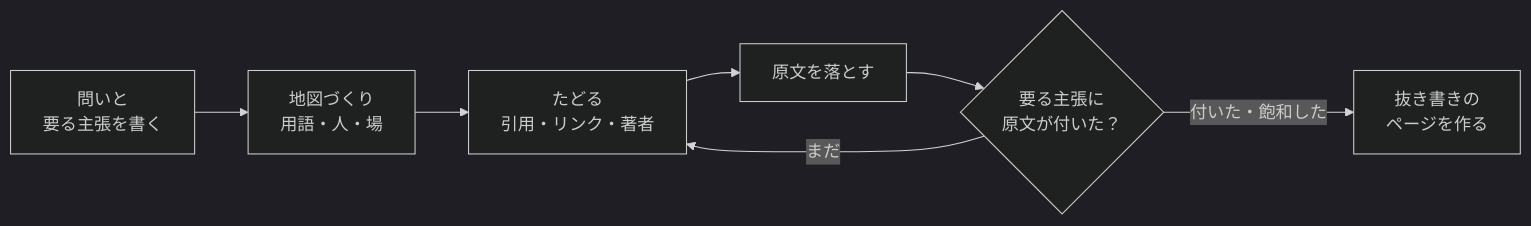
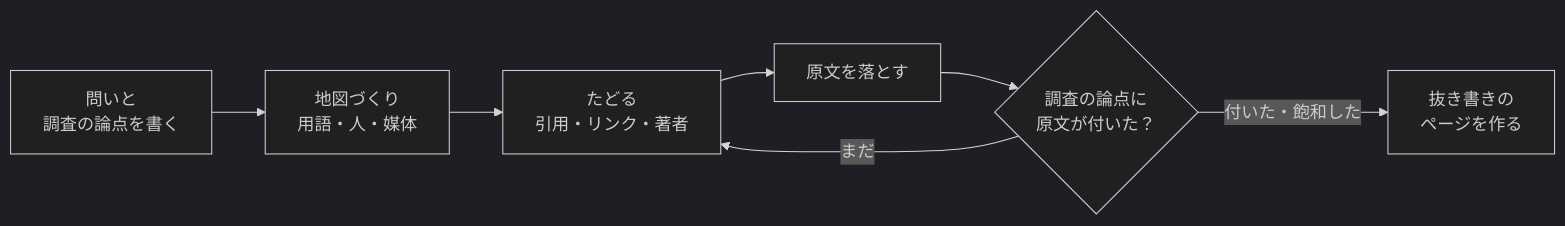
One commit to MaryCache/imozuru changed the diagram in README.md. Above: the diagram before and after it, drawn with Mermaid (dark theme). The commit also changed other lines of this file and 9 other files, not shown here.

````diff
--- a/README.md
+++ b/README.md
@@ -25,9 +25,9 @@
 ```mermaid
 flowchart LR
-    A[問いと<br>要る主張を書く] --> B[地図づくり<br>用語・人・場]
+    A[問いと<br>調査の論点を書く] --> B[地図づくり<br>用語・人・媒体]
     B --> C[たどる<br>引用・リンク・著者]
     C --> D[原文を落とす]
-    D --> E{要る主張に<br>原文が付いた？}
+    D --> E{調査の論点に<br>原文が付いた？}
     E -- まだ --> C
     E -- 付いた・飽和した --> F[抜き書きの<br>ページを作る]
 ```
````
